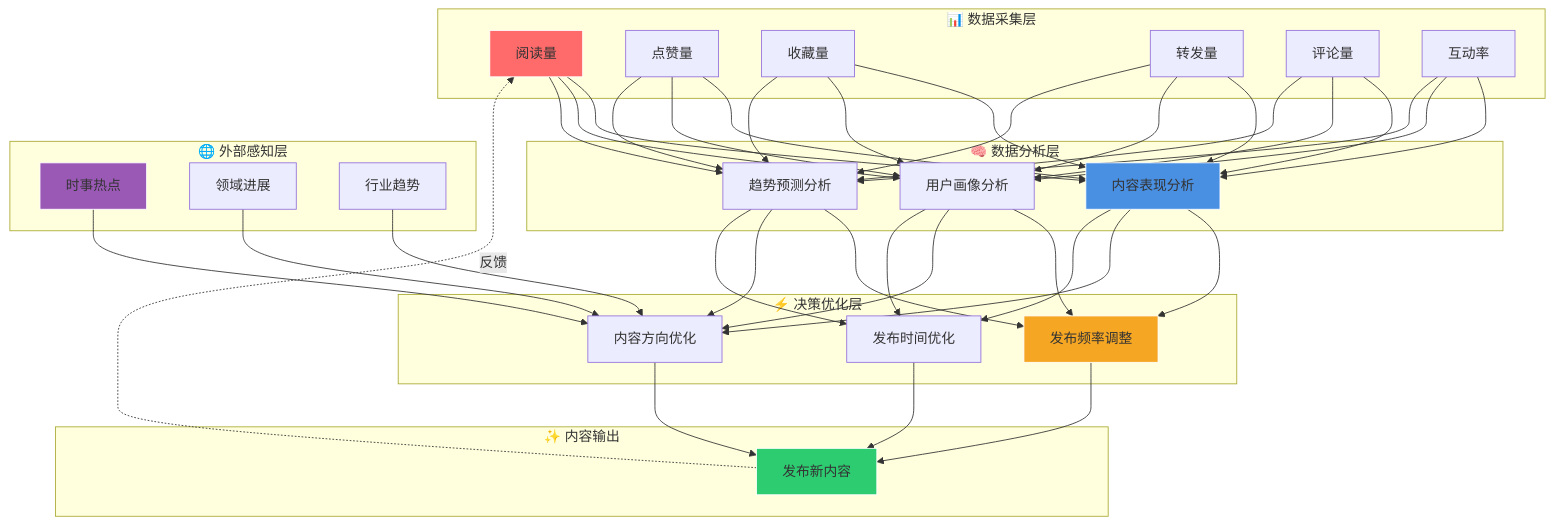
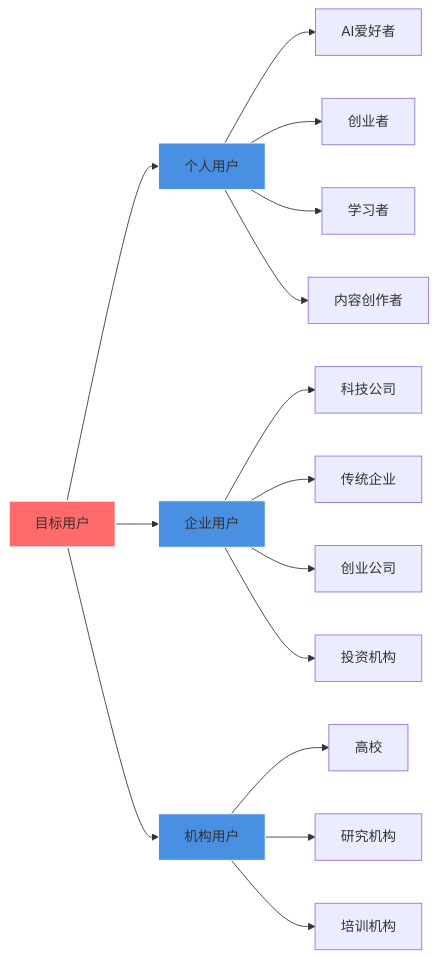
One commit to lobster-journey/lobster-journey changed the sixth of 10 diagrams in README.md. Above: the diagram before and after it, drawn with Mermaid. The commit also changed other lines of this file, not shown here.

````diff
--- a/README.md
+++ b/README.md
@@ -322,45 +646,25 @@
 ```mermaid
-graph TB
-    subgraph "📊 数据采集层"
-        A1[阅读量]
-        A2[点赞量]
-        A3[收藏量]
-        A4[转发量]
-        A5[评论量]
-        A6[互动率]
-    end
-    
-    subgraph "🧠 数据分析层"
-        B1[内容表现分析]
-        B2[用户画像分析]
-        B3[趋势预测分析]
-    end
-    
-    subgraph "⚡ 决策优化层"
-        C1[发布频率调整]
-        C2[内容方向优化]
-        C3[发布时间优化]
-    end
-    
-    subgraph "🌐 外部感知层"
-        D1[时事热点]
-        D2[领域进展]
-        D3[行业趋势]
-    end
-    
-    subgraph "✨ 内容输出"
-        E1[发布新内容]
-    end
-    
-    A1 & A2 & A3 & A4 & A5 & A6 --> B1 & B2 & B3
-    B1 & B2 & B3 --> C1 & C2 & C3
-    D1 & D2 & D3 --> C2
-    C1 & C2 & C3 --> E1
-    E1 -.反馈.-> A1
-    
-    style A1 fill:#FF6B6B,stroke:#fff
-    style B1 fill:#4A90E2,stroke:#fff
-    style C1 fill:#F5A623,stroke:#fff
-    style D1 fill:#9B59B6,stroke:#fff
-    style E1 fill:#2ECC71,stroke:#fff
+graph LR
+    A[目标用户] --> B[个人用户]
+    A --> C[企业用户]
+    A --> D[机构用户]
+
+    B --> B1[AI爱好者]
+    B --> B2[创业者]
+    B --> B3[学习者]
+    B --> B4[内容创作者]
+
+    C --> C1[科技公司]
+    C --> C2[传统企业]
+    C --> C3[创业公司]
+    C --> C4[投资机构]
+
+    D --> D1[高校]
+    D --> D2[研究机构]
+    D --> D3[培训机构]
+
+    style A fill:#FF6B6B,stroke:#fff,stroke-width:2px
+    style B fill:#4A90E2,stroke:#fff
+    style C fill:#4A90E2,stroke:#fff
+    style D fill:#4A90E2,stroke:#fff
 ```
````
